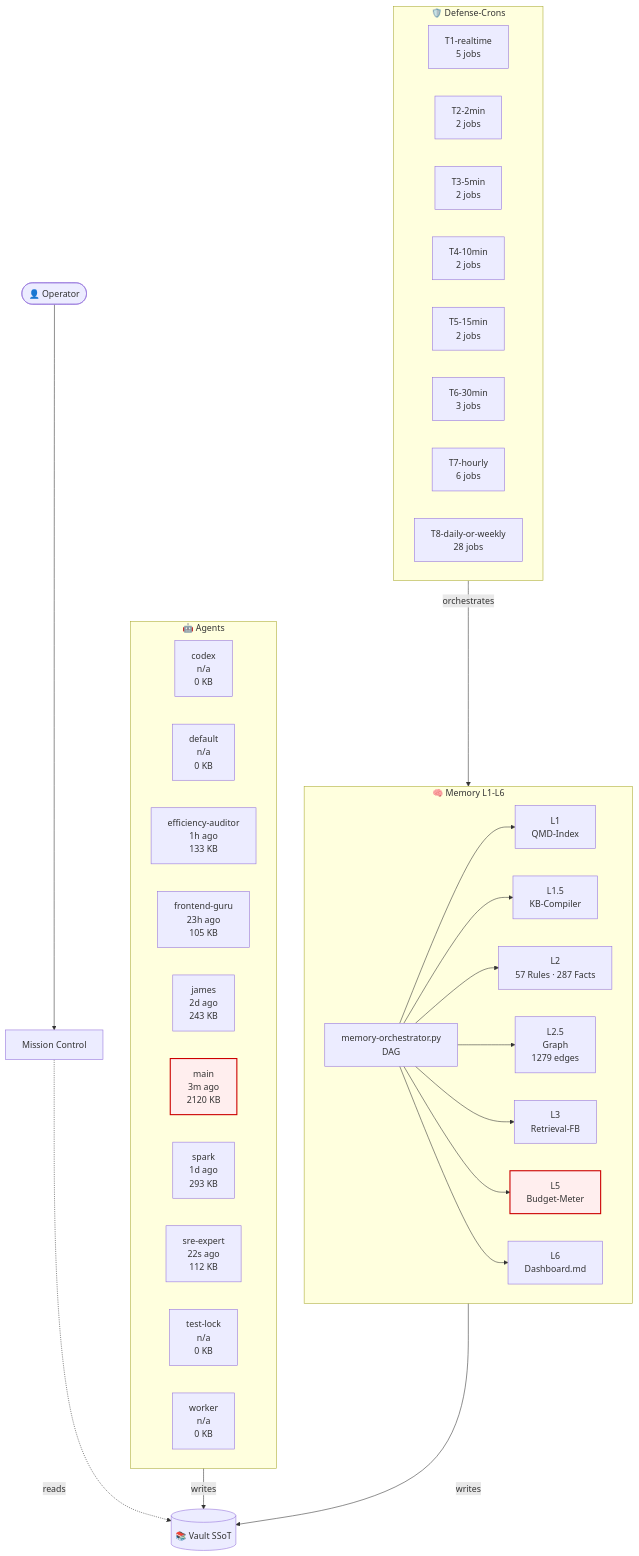
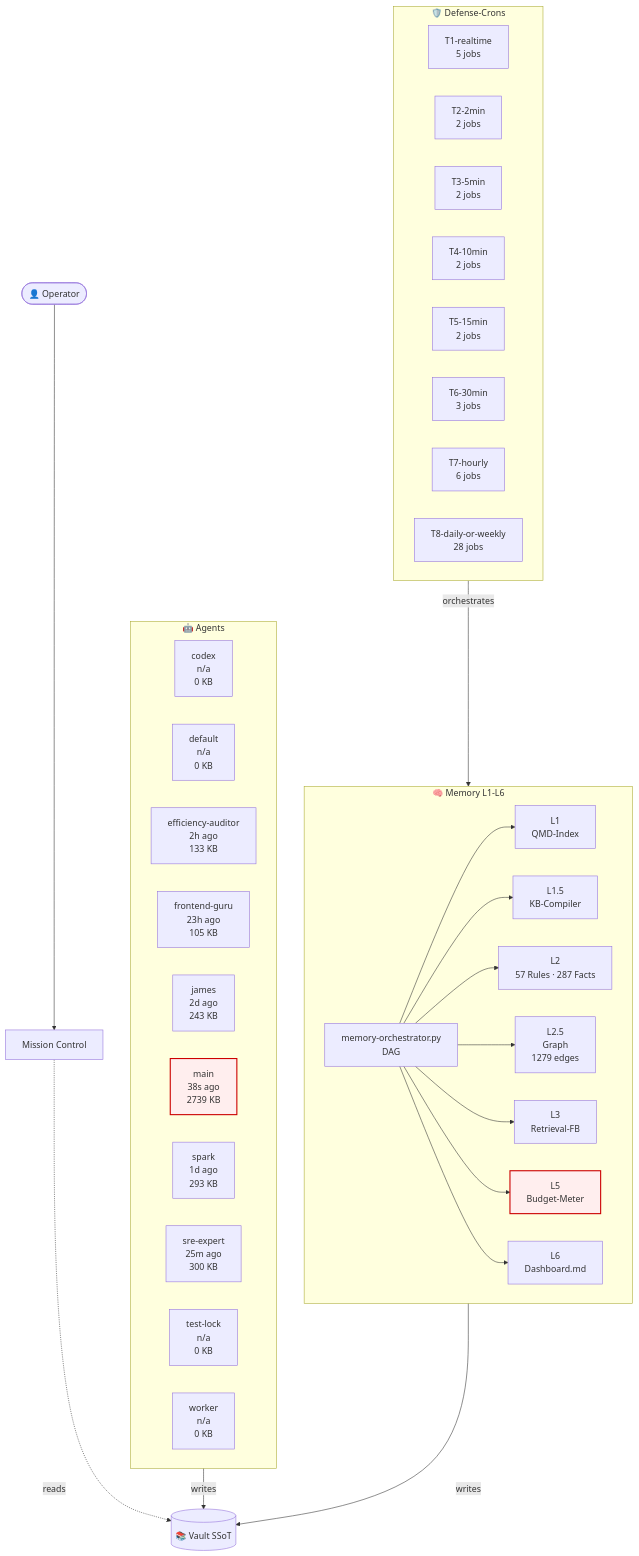
One commit to lenardhuebner88-rgb/openclaw-memory changed the diagram in 03-Agents/architecture-live.md. Above: the diagram before and after it, drawn with Mermaid. The commit also changed other lines of this file and 4 other files, not shown here.

````diff
--- a/03-Agents/architecture-live.md
+++ b/03-Agents/architecture-live.md
@@ -18,53 +18,53 @@
 ```mermaid
 flowchart TB
     classDef critical fill:#fee,stroke:#c00,stroke-width:2px;
     subgraph AGT["🤖 Agents"]
         agent_codex["codex<br/>n/a<br/>0 KB"]
         agent_default["default<br/>n/a<br/>0 KB"]
-        agent_efficiency_auditor["efficiency-auditor<br/>1h ago<br/>133 KB"]
+        agent_efficiency_auditor["efficiency-auditor<br/>2h ago<br/>133 KB"]
         agent_frontend_guru["frontend-guru<br/>23h ago<br/>105 KB"]
         agent_james["james<br/>2d ago<br/>243 KB"]
-        agent_main["main<br/>3m ago<br/>2120 KB"]
+        agent_main["main<br/>38s ago<br/>2739 KB"]
         agent_spark["spark<br/>1d ago<br/>293 KB"]
-        agent_sre_expert["sre-expert<br/>22s ago<br/>112 KB"]
+        agent_sre_expert["sre-expert<br/>25m ago<br/>300 KB"]
         agent_test_lock["test-lock<br/>n/a<br/>0 KB"]
         agent_worker["worker<br/>n/a<br/>0 KB"]
     end
     subgraph MEM["🧠 Memory L1-L6"]
         L1["L1<br/>QMD-Index"]
         L15["L1.5<br/>KB-Compiler"]
         L2["L2<br/>57 Rules · 287 Facts"]
         L25["L2.5<br/>Graph<br/>1279 edges"]
         L3["L3<br/>Retrieval-FB"]
         L5["L5<br/>Budget-Meter"]
         L6["L6<br/>Dashboard.md"]
         ORCH["memory-orchestrator.py<br/>DAG"]
     end
     subgraph CRN["🛡️ Defense-Crons"]
         tier_T1_realtime["T1-realtime<br/>5 jobs"]
         tier_T2_2min["T2-2min<br/>2 jobs"]
         tier_T3_5min["T3-5min<br/>2 jobs"]
         tier_T4_10min["T4-10min<br/>2 jobs"]
         tier_T5_15min["T5-15min<br/>2 jobs"]
         tier_T6_30min["T6-30min<br/>3 jobs"]
         tier_T7_hourly["T7-hourly<br/>6 jobs"]
         tier_T8_daily_or_weekly["T8-daily-or-weekly<br/>28 jobs"]
     end
     VAULT[("📚 Vault SSoT")]
     OP([👤 Operator])
     MC["Mission Control"]
     OP --> MC
     MC -.reads.-> VAULT
     AGT -->|writes| VAULT
     MEM -->|writes| VAULT
     ORCH --> L1
     ORCH --> L15
     ORCH --> L2
     ORCH --> L25
     ORCH --> L3
     ORCH --> L5
     ORCH --> L6
     CRN -->|orchestrates| MEM
     class L5 critical
     class agent_main critical
 ```
````
